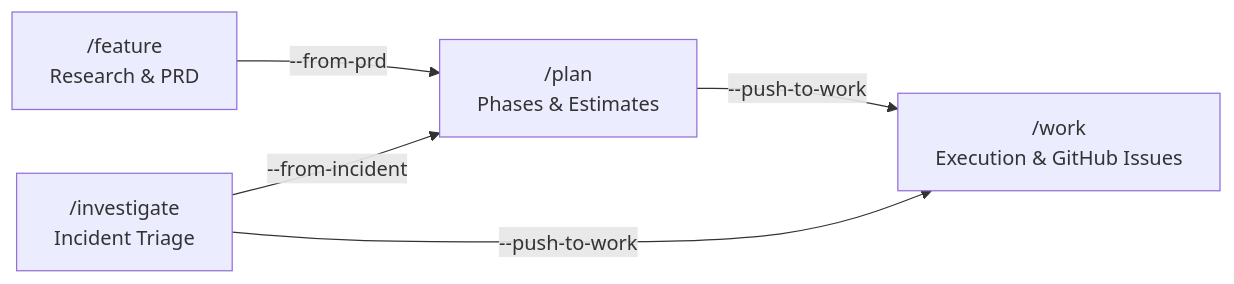
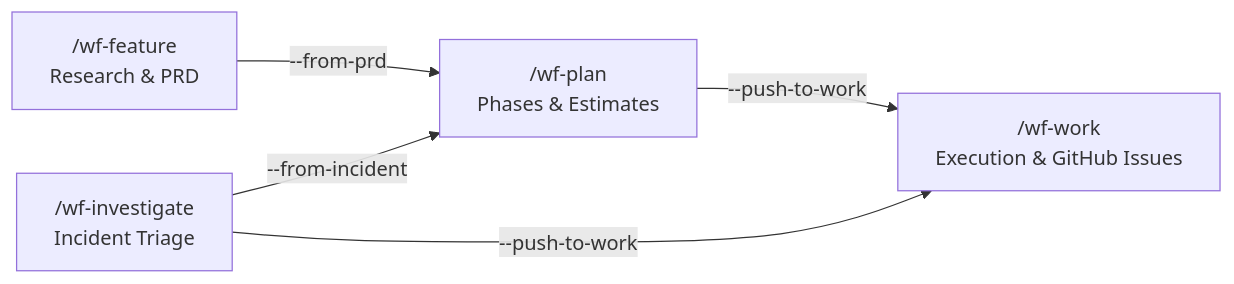
Before and after one commit to wedigcode/workforces: the diagram in README.md, drawn with Mermaid. The commit also changed other lines of this file and 56 other files, not shown here.

````diff
--- a/README.md
+++ b/README.md
@@ -122,7 +120,7 @@
 ```mermaid
 graph LR
-    A["/feature<br/>Research & PRD"] -->|--from-prd| B["/plan<br/>Phases & Estimates"]
-    B -->|--push-to-work| C["/work<br/>Execution & GitHub Issues"]
-    D["/investigate<br/>Incident Triage"] -->|--push-to-work| C
+    A["/wf-feature<br/>Research & PRD"] -->|--from-prd| B["/wf-plan<br/>Phases & Estimates"]
+    B -->|--push-to-work| C["/wf-work<br/>Execution & GitHub Issues"]
+    D["/wf-investigate<br/>Incident Triage"] -->|--push-to-work| C
     D -->|--from-incident| B
 ```
````
